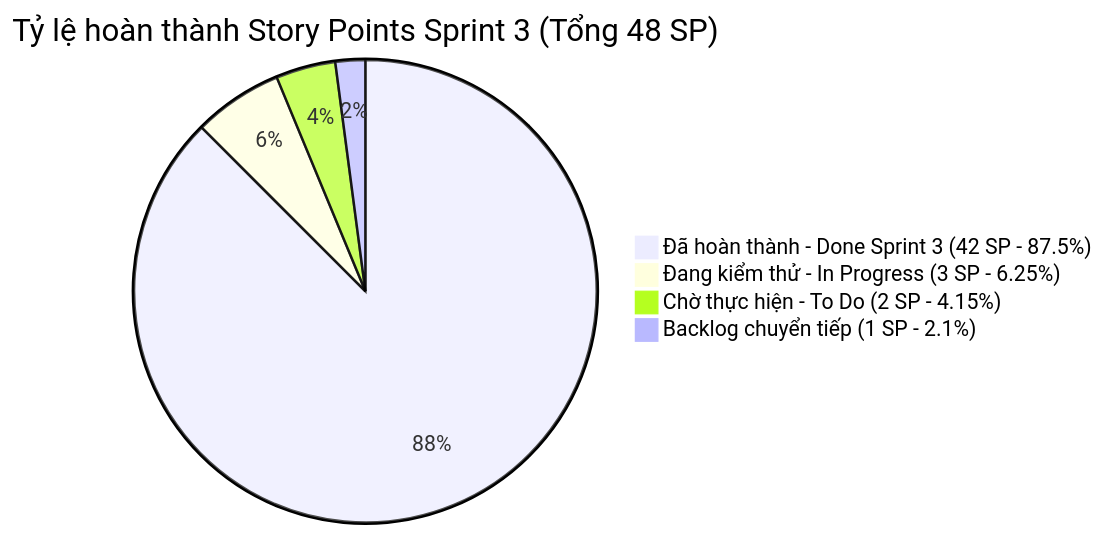
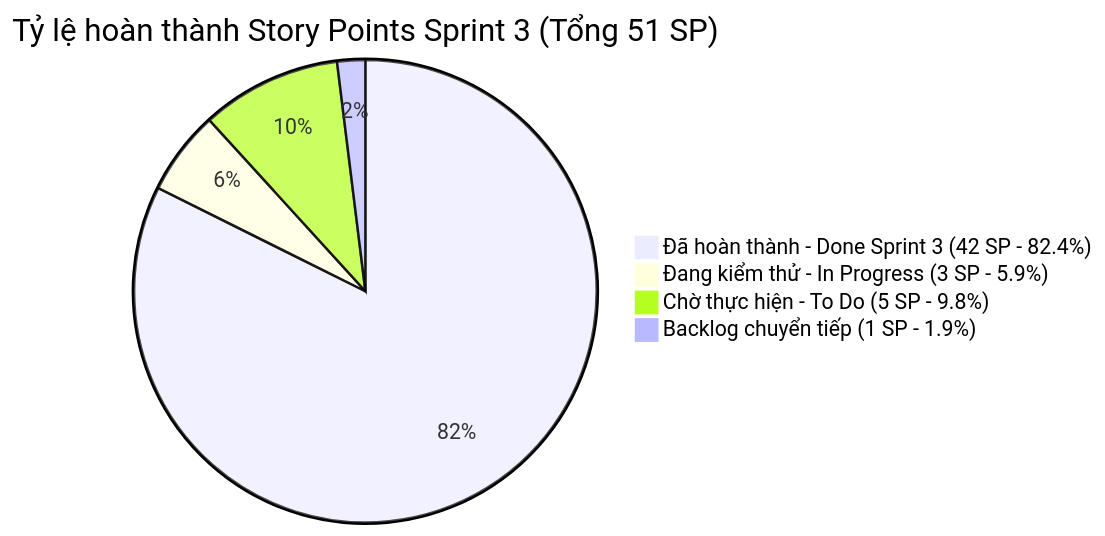
One commit to phamcongthanhvn2k6/traveleasy-platform changed the diagram in docs/04-agile-and-sprints/BAO_CAO_TIEN_DO_SPRINT_3_MOI_NHAT.md. Above: the diagram before and after it, drawn with Mermaid. The commit also changed other lines of this file and 2 other files, not shown here.

Commit message:
docs(sprint3): add forgot password OTP task to Sprint 3 To Do backlog

````diff
--- a/docs/04-agile-and-sprints/BAO_CAO_TIEN_DO_SPRINT_3_MOI_NHAT.md
+++ b/docs/04-agile-and-sprints/BAO_CAO_TIEN_DO_SPRINT_3_MOI_NHAT.md
@@ -21,7 +21,7 @@
 ```mermaid
-pie title Tỷ lệ hoàn thành Story Points Sprint 3 (Tổng 48 SP)
-    "Đã hoàn thành - Done Sprint 3 (42 SP - 87.5%)" : 42
-    "Đang kiểm thử - In Progress (3 SP - 6.25%)" : 3
-    "Chờ thực hiện - To Do (2 SP - 4.15%)" : 2
-    "Backlog chuyển tiếp (1 SP - 2.1%)" : 1
+pie title Tỷ lệ hoàn thành Story Points Sprint 3 (Tổng 51 SP)
+    "Đã hoàn thành - Done Sprint 3 (42 SP - 82.4%)" : 42
+    "Đang kiểm thử - In Progress (3 SP - 5.9%)" : 3
+    "Chờ thực hiện - To Do (5 SP - 9.8%)" : 5
+    "Backlog chuyển tiếp (1 SP - 1.9%)" : 1
 ```
````
